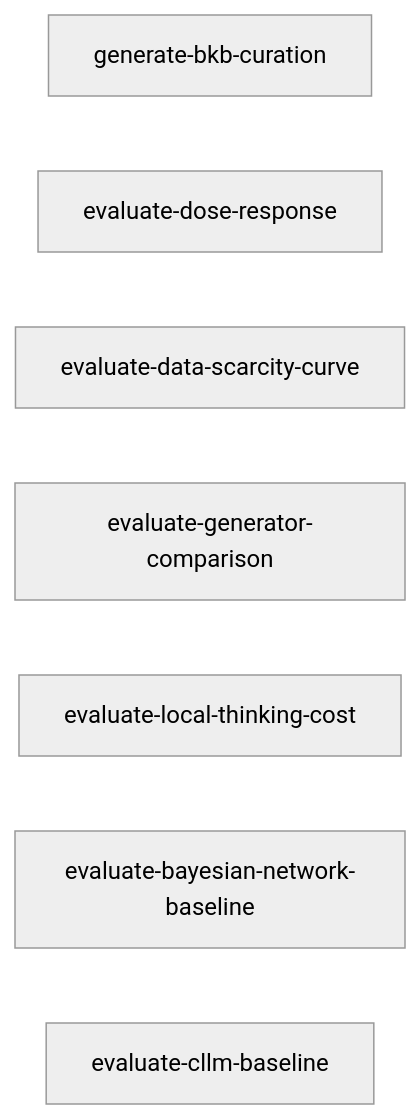
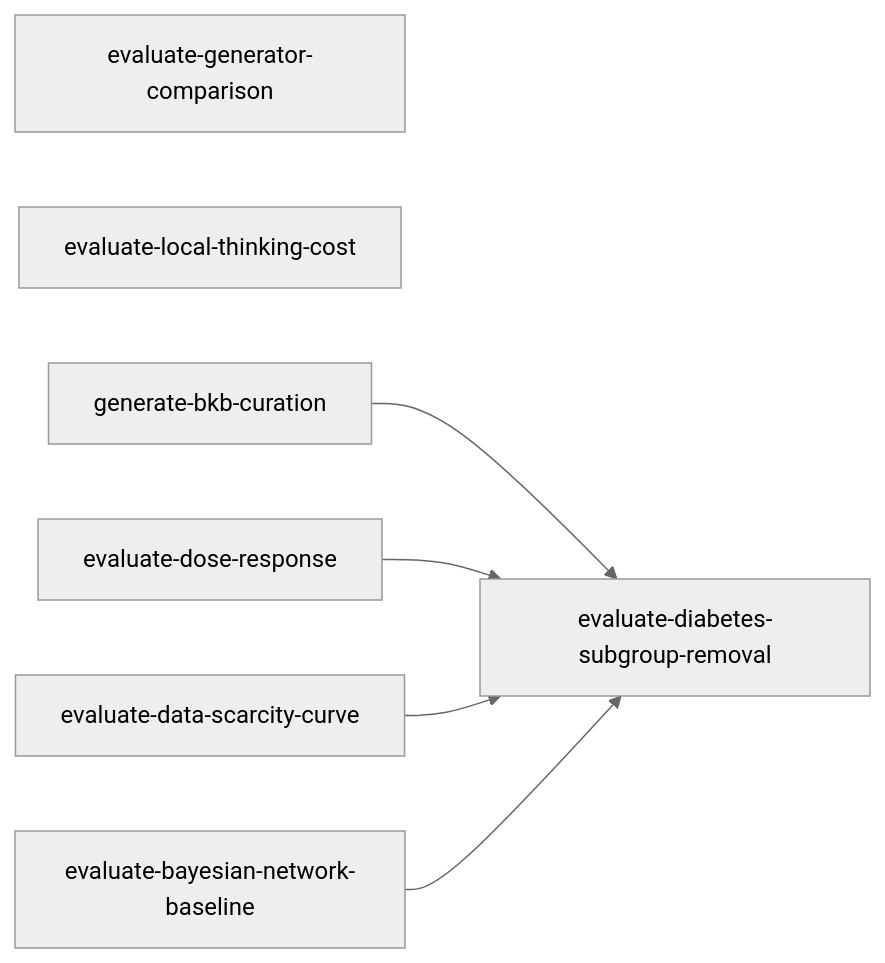
The diagram in tasks/experiments-index.md (joe-dartmouth/synthetic), drawn with Mermaid (neutral theme) before and after one commit. The commit also changed other lines of this file and 64 other files, not shown here.

First line of the commit message:
Add the CLLM baseline arms and run B3 (#63)

````diff
--- a/tasks/experiments-index.md
+++ b/tasks/experiments-index.md
@@ -36,10 +36,9 @@
 ```mermaid
 flowchart LR
-    bkb_curation[generate-bkb-curation]
-    dose_response[evaluate-dose-response]
-    scarcity_curve[evaluate-data-scarcity-curve]
     generator_comparison[evaluate-generator-comparison]
     local_thinking[evaluate-local-thinking-cost]
-    bn_baseline[evaluate-bayesian-network-baseline]
-    cllm_baseline[evaluate-cllm-baseline]
+    bkb_curation[generate-bkb-curation] --> diabetes_removal[evaluate-diabetes-subgroup-removal]
+    dose_response[evaluate-dose-response] --> diabetes_removal
+    scarcity_curve[evaluate-data-scarcity-curve] --> diabetes_removal
+    bn_baseline[evaluate-bayesian-network-baseline] --> diabetes_removal
 ```
````
